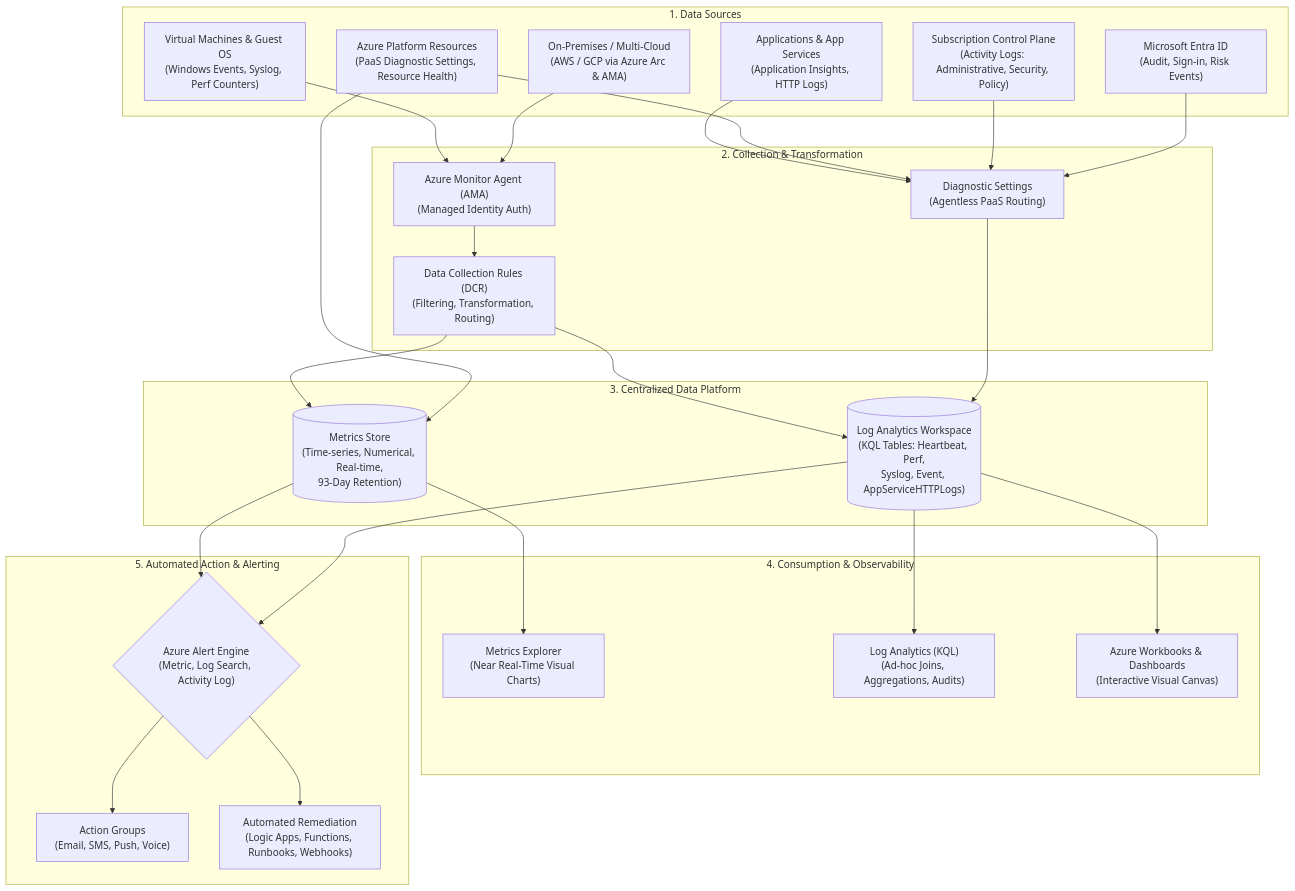
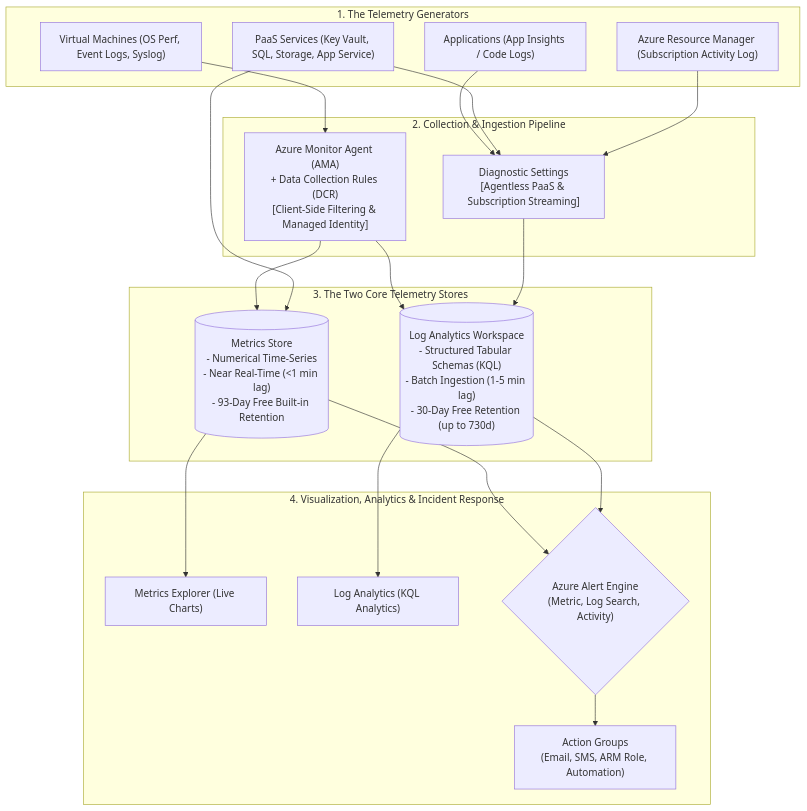
One commit to kmashour/BrainDump changed the diagram in Reference Notes/13-104-12_administer_monitoring.md. Above: the diagram before and after it, drawn with Mermaid. The commit also changed other lines of this file and 13 other files, not shown here.

Commit message:
feat(az-104): re-architect complete 12-module curriculum into progressive masterclass lecture series with lab bridges

````diff
--- a/Reference Notes/13-104-12_administer_monitoring.md
+++ b/Reference Notes/13-104-12_administer_monitoring.md
@@ -26,56 +28,44 @@
 ```mermaid
+%% cfr-size: 100 %%
 flowchart TD
-    subgraph DataSources ["1. Data Sources"]
-        Apps["Applications & App Services\n(Application Insights, HTTP Logs)"]
-        GuestOS["Virtual Machines & Guest OS\n(Windows Events, Syslog, Perf Counters)"]
-        AzureResources["Azure Platform Resources\n(PaaS Diagnostic Settings, Resource Health)"]
-        SubscriptionLogs["Subscription Control Plane\n(Activity Logs: Administrative, Security, Policy)"]
-        EntraLogs["Microsoft Entra ID\n(Audit, Sign-in, Risk Events)"]
-        HybridClouds["On-Premises / Multi-Cloud\n(AWS / GCP via Azure Arc & AMA)"]
+    subgraph DataSources ["1. The Telemetry Generators"]
+        Apps["Applications (App Insights / Code Logs)"]
+        VMs["Virtual Machines (OS Perf, Event Logs, Syslog)"]
+        PaaS["PaaS Services (Key Vault, SQL, Storage, App Service)"]
+        ARMPlane["Azure Resource Manager (Subscription Activity Log)"]
     end
 
-    subgraph DataCollection ["2. Collection & Transformation"]
-        DCR["Data Collection Rules (DCR)\n(Filtering, Transformation, Routing)"]
-        AMA["Azure Monitor Agent (AMA)\n(Managed Identity Auth)"]
-        DiagSettings["Diagnostic Settings\n(Agentless PaaS Routing)"]
+    subgraph CollectionPipeline ["2. Collection & Ingestion Pipeline"]
+        AMA["Azure Monitor Agent (AMA)\n+ Data Collection Rules (DCR)\n[Client-Side Filtering & Managed Identity]"]
+        Diag["Diagnostic Settings\n[Agentless PaaS & Subscription Streaming]"]
     end
 
-    subgraph DataPlatform ["3. Centralized Data Platform"]
-        MetricsStore[("Metrics Store\n(Time-series, Numerical, Real-time,\n93-Day Retention)")]
-        LogAnalytics[("Log Analytics Workspace\n(KQL Tables: Heartbeat, Perf,\nSyslog, Event, AppServiceHTTPLogs)")]
+    subgraph DataStores ["3. The Two Core Telemetry Stores"]
+        MetricsStore[("Metrics Store\n- Numerical Time-Series\n- Near Real-Time (<1 min lag)\n- 93-Day Free Built-in Retention")]
+        LogStore[("Log Analytics Workspace\n- Structured Tabular Schemas (KQL)\n- Batch Ingestion (1-5 min lag)\n- 30-Day Free Retention (up to 730d)")]
     end
 
-    subgraph ConsumptionInsights ["4. Consumption & Observability"]
-        MetricsExp["Metrics Explorer\n(Near Real-Time Visual Charts)"]
-        KQLQueries["Log Analytics (KQL)\n(Ad-hoc Joins, Aggregations, Audits)"]
-        Workbooks["Azure Workbooks & Dashboards\n(Interactive Visual Canvas)"]
+    subgraph InsightsAlerts ["4. Visualization, Analytics & Incident Response"]
+        Exp["Metrics Explorer (Live Charts)"]
+        KQL["Log Analytics (KQL Analytics)"]
+        AlertEngine{"Azure Alert Engine\n(Metric, Log Search, Activity)"}
+        ActionGroups["Action Groups\n(Email, SMS, ARM Role, Automation)"]
     end
 
-    subgraph ActionAlerts ["5. Automated Action & Alerting"]
-        AlertEngine{"Azure Alert Engine\n(Metric, Log Search, Activity Log)"}
-        ActionGroups["Action Groups\n(Email, SMS, Push, Voice)"]
-        Automation["Automated Remediation\n(Logic Apps, Functions, Runbooks, Webhooks)"]
-    end
+    VMs --> AMA
+    Apps --> Diag
+    PaaS --> Diag
+    ARMPlane --> Diag
 
-    Apps --> DiagSettings
-    GuestOS --> AMA
-    HybridClouds --> AMA
-    AMA --> DCR
-    AzureResources --> DiagSettings
-    SubscriptionLogs --> DiagSettings
-    EntraLogs --> DiagSettings
+    AMA --> MetricsStore
+    AMA --> LogStore
+    Diag --> LogStore
+    PaaS --> MetricsStore
 
-    DCR --> MetricsStore
-    DCR --> LogAnalytics
-    DiagSettings --> LogAnalytics
-    AzureResources --> MetricsStore
-
-    MetricsStore --> MetricsExp
+    MetricsStore --> Exp
     MetricsStore --> AlertEngine
-    LogAnalytics --> KQLQueries
-    LogAnalytics --> Workbooks
-    LogAnalytics --> AlertEngine
+    LogStore --> KQL
+    LogStore --> AlertEngine
 
     AlertEngine --> ActionGroups
-    AlertEngine --> Automation
 ```
````
